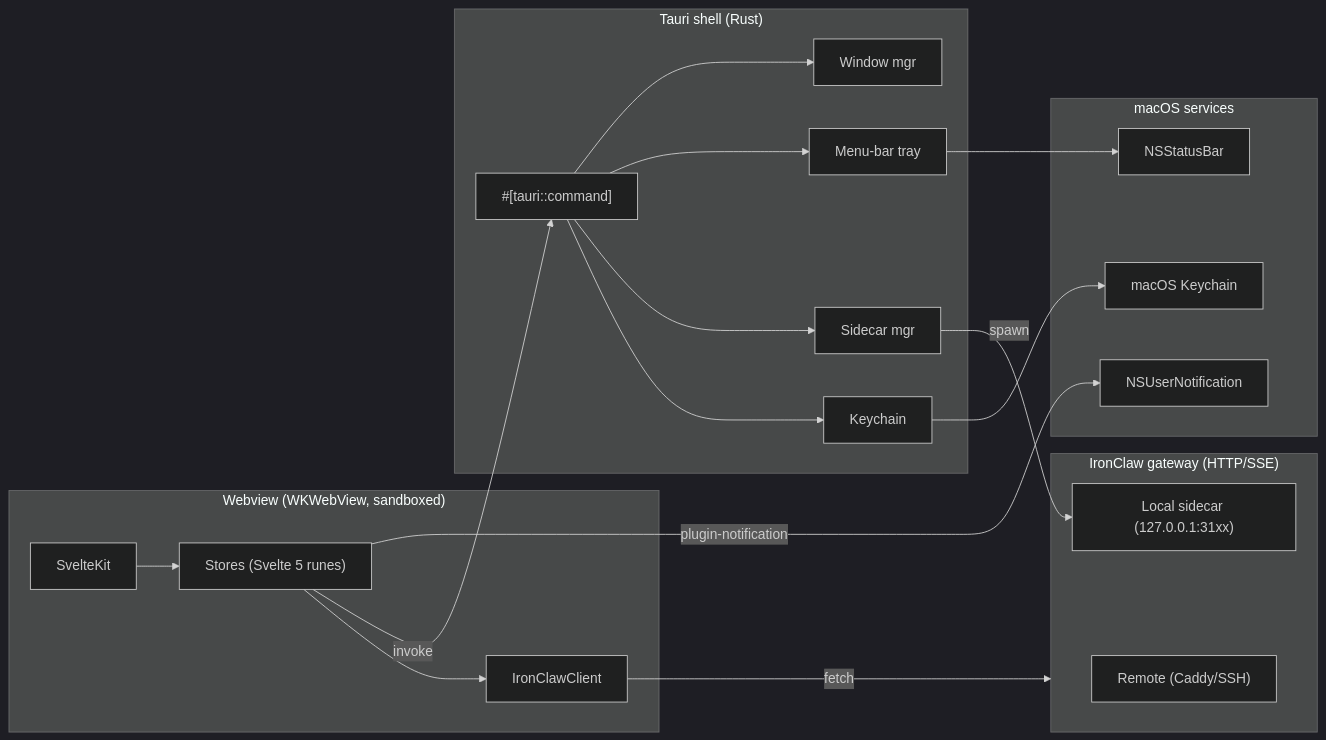
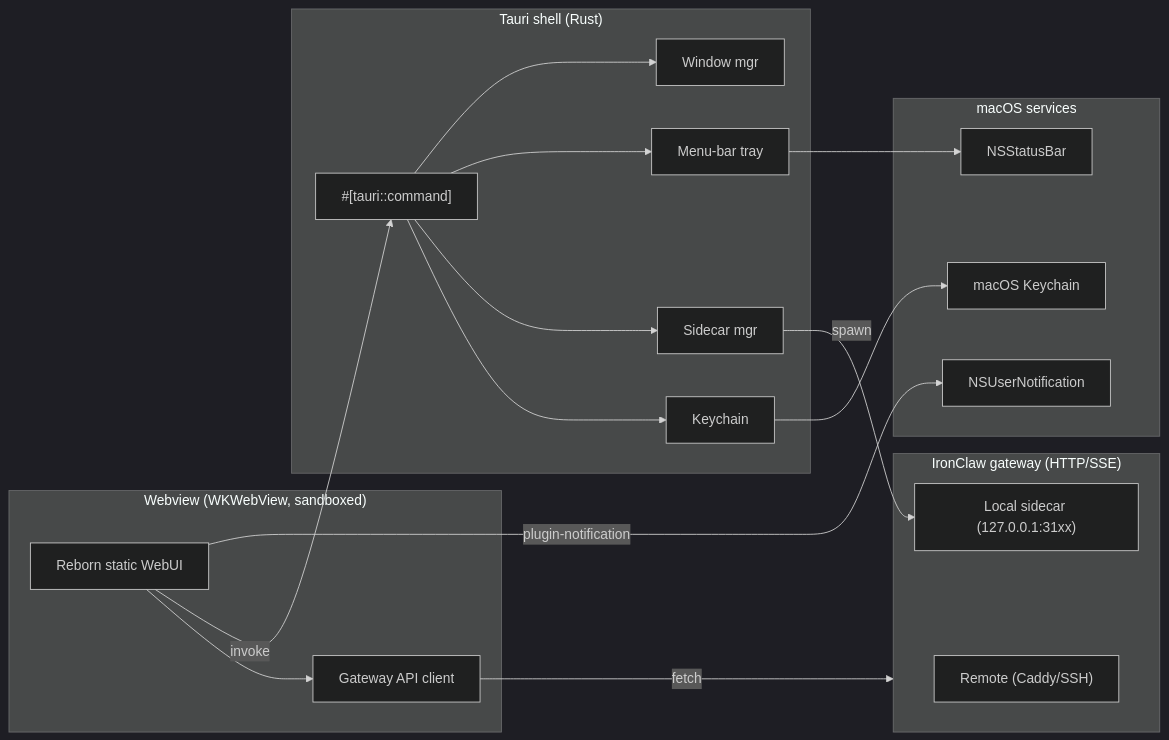
One commit to nearai/ironclaw-desktop-app changed the first of 4 diagrams in ARCHITECTURE.md. Above: the diagram before and after it, drawn with Mermaid (dark theme). The commit also changed other lines of this file and 14 other files, not shown here.

Commit message:
Guard static WebUI packaging contract

````diff
--- a/ARCHITECTURE.md
+++ b/ARCHITECTURE.md
@@ -97,40 +101,38 @@
 ```mermaid
 flowchart LR
   subgraph WebView["Webview (WKWebView, sandboxed)"]
-    SvelteKit
-    StoresLayer["Stores (Svelte 5 runes)"]
-    APIClient["IronClawClient"]
+    StaticWebUI["Reborn static WebUI"]
+    APIClient["Gateway API client"]
   end
 
   subgraph Rust["Tauri shell (Rust)"]
     Commands["#[tauri::command]"]
     Keychain
     Sidecar["Sidecar mgr"]
     Tray["Menu-bar tray"]
     Windows["Window mgr"]
   end
 
   subgraph macOS["macOS services"]
     Kc["macOS Keychain"]
     Ns["NSUserNotification"]
     NSBar["NSStatusBar"]
   end
 
   subgraph Gateway["IronClaw gateway (HTTP/SSE)"]
     Remote["Remote (Caddy/SSH)"]
     Local["Local sidecar (127.0.0.1:31xx)"]
   end
 
-  SvelteKit --> StoresLayer
-  StoresLayer --> APIClient
-  StoresLayer -->|invoke| Commands
+  StaticWebUI --> APIClient
+  StaticWebUI -->|invoke| Commands
   APIClient -->|fetch| Gateway
   Commands --> Keychain
   Commands --> Sidecar
   Commands --> Tray
   Commands --> Windows
   Keychain --> Kc
   Tray --> NSBar
   Sidecar -->|spawn| Local
-  StoresLayer -->|plugin-notification| Ns
+  StaticWebUI -->|plugin-notification| Ns
 ```
````
